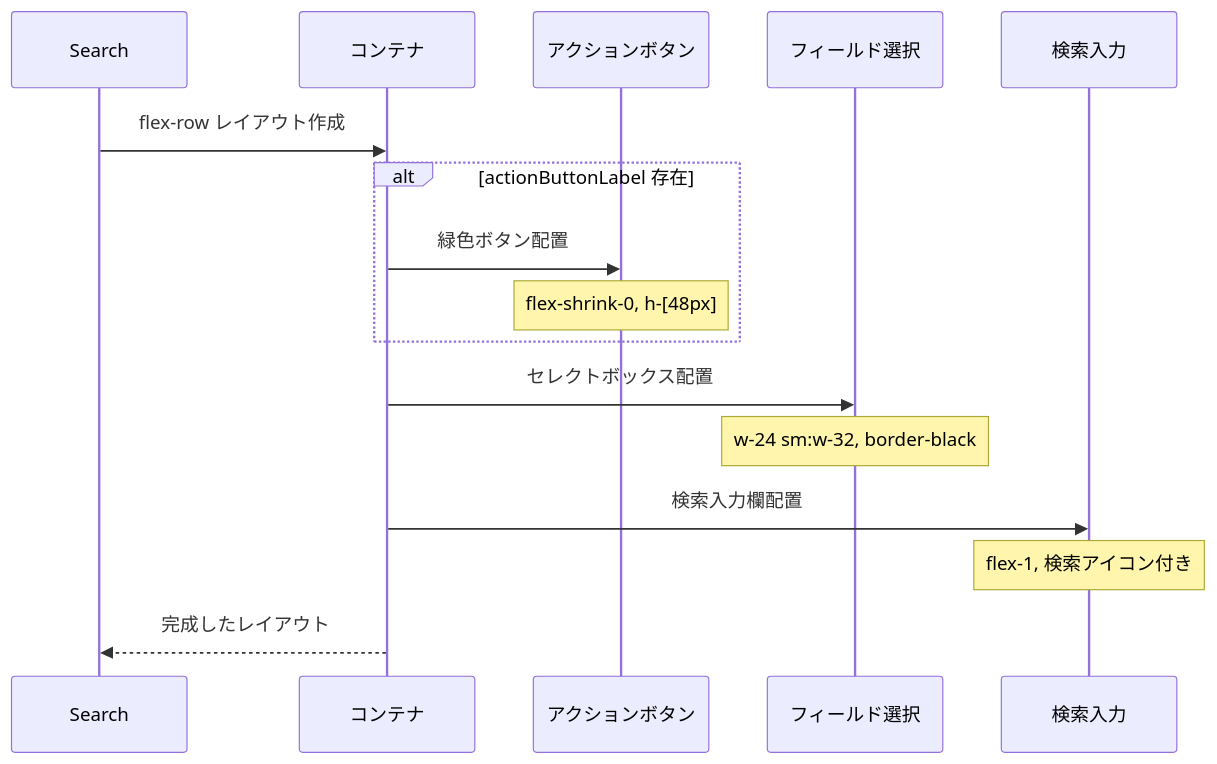
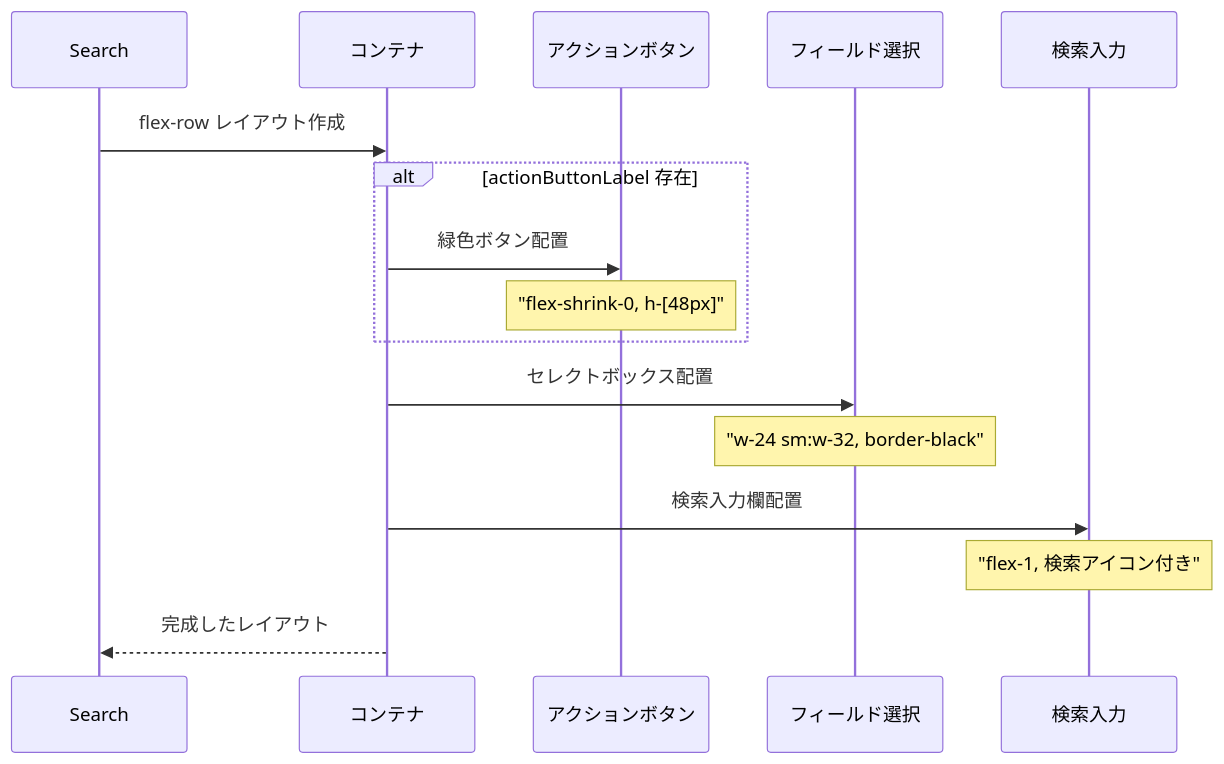
Before and after one commit to wasabi49/ocs-systemDevelopmentExercises: the fifth of 10 diagrams in document/components/sequence/Search.md, drawn with Mermaid. The commit also changed other lines of this file and 42 other files, not shown here.

First line of the commit message:
fix: mermaidシーケンス図のNote over文でダブルクォーテーション不足を修正

````diff
--- a/document/components/sequence/Search.md
+++ b/document/components/sequence/Search.md
@@ -80,23 +80,23 @@
 ```mermaid
 sequenceDiagram
     participant Search as Search
     participant Container as コンテナ
     participant ActionBtn as アクションボタン
     participant SelectField as フィールド選択
     participant InputField as 検索入力
 
     Search->>Container: flex-row レイアウト作成
     
     alt actionButtonLabel 存在
         Container->>ActionBtn: 緑色ボタン配置
-        Note over ActionBtn: flex-shrink-0, h-[48px]
+        Note over ActionBtn: "flex-shrink-0, h-[48px]"
     end
     
     Container->>SelectField: セレクトボックス配置
-    Note over SelectField: w-24 sm:w-32, border-black
+    Note over SelectField: "w-24 sm:w-32, border-black"
     
     Container->>InputField: 検索入力欄配置
-    Note over InputField: flex-1, 検索アイコン付き
+    Note over InputField: "flex-1, 検索アイコン付き"
     
     Container-->>Search: 完成したレイアウト
 ```
````
